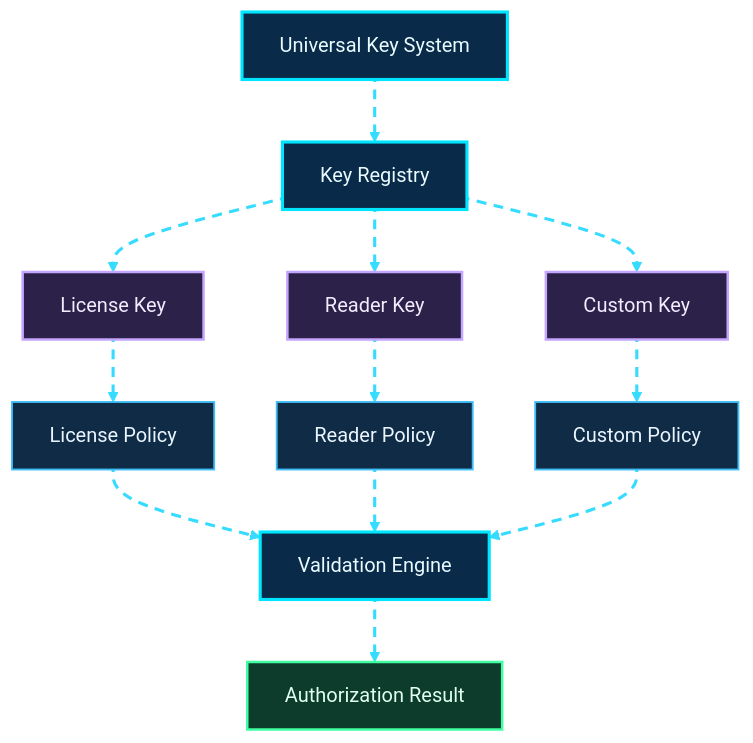
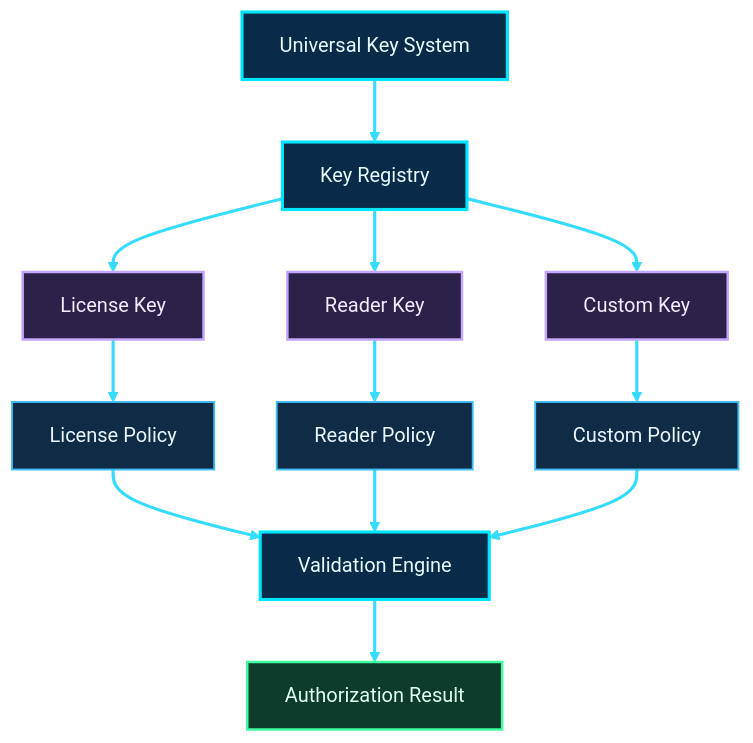
The eighth of 23 diagrams in README.md (shajeduzzamanenan992008inc/NexOra-Database-key-Gen), drawn with Mermaid before and after one commit. The commit also changed other lines of this file, not shown here.

````diff
--- a/README.md
+++ b/README.md
@@ -792,37 +795,36 @@
 ```mermaid
 %%{init: {"theme":"base","themeVariables":{"darkMode":true,"background":"#07111f","primaryColor":"#102744","primaryTextColor":"#e8f7ff","primaryBorderColor":"#00d9ff","lineColor":"#7297c8","secondaryColor":"#261d45","secondaryTextColor":"#f3eaff","secondaryBorderColor":"#a78bfa","tertiaryColor":"#12332b","tertiaryTextColor":"#e0fff1","tertiaryBorderColor":"#41e6a2","fontFamily":"Inter, Segoe UI, sans-serif","edgeLabelBackground":"#101d34","mainBkg":"#102744","nodeBorder":"#00d9ff","clusterBkg":"#0b1930","clusterBorder":"#6f7dff","actorBkg":"#102744","actorBorder":"#00d9ff","actorTextColor":"#e8f7ff","signalColor":"#64d8ff","signalTextColor":"#e8f7ff","noteBkgColor":"#0e332b","noteBorderColor":"#41e6a2","noteTextColor":"#e0fff1"}}}%%
 flowchart TD
-    A["Universal Key System"] nx07e01@--> B["Key Registry"]
-    B nx07e02@--> C["License Key"]
-    B nx07e03@--> D["Reader Key"]
-    B nx07e04@--> E["Custom Key"]
+    A["Universal Key System"] --> B["Key Registry"]
+    B --> C["License Key"]
+    B --> D["Reader Key"]
+    B --> E["Custom Key"]
 
-    C nx07e05@--> F["License Policy"]
-    D nx07e06@--> G["Reader Policy"]
-    E nx07e07@--> H["Custom Policy"]
+    C --> F["License Policy"]
+    D --> G["Reader Policy"]
+    E --> H["Custom Policy"]
 
-    F nx07e08@--> I["Validation Engine"]
-    G nx07e09@--> I
-    H nx07e10@--> I
+    F --> I["Validation Engine"]
+    G --> I
+    H --> I
 
-    I nx07e11@--> J["Authorization Result"]
+    I --> J["Authorization Result"]
 
-    %% OMEGA NEX-ORA visual classes
     %% OMEGA NEX-ORA / ULTRA NEON PALETTE
     classDef nxCore fill:#092b49,stroke:#00e5ff,stroke-width:2.5px,color:#e9fbff;
     classDef nxProcess fill:#102b45,stroke:#3dbcf5,stroke-width:1.5px,color:#e9f6ff;
     classDef nxDecision fill:#2b2050,stroke:#b38cff,stroke-width:2px,color:#f3edff;
     classDef nxSuccess fill:#0d3b2c,stroke:#3fffa0,stroke-width:2px,color:#e0fff0;
     classDef nxDanger fill:#451d30,stroke:#ff6688,stroke-width:2px,color:#fff0f3;
     classDef nxData fill:#12352d,stroke:#63e6be,stroke-width:2px,color:#e1fff5;
     classDef nxExternal fill:#2b2149,stroke:#c4a5ff,stroke-width:2px,color:#f3ecff;
     classDef nxInfo fill:#17253e,stroke:#91a7c9,stroke-width:1.5px,color:#e5efff;
     classDef nxWarning fill:#453116,stroke:#fbbf24,stroke-width:2px,color:#fff6d6;
-    %% Moving dashed route: Mermaid applies this class to explicitly identified edges.
-    classDef nxAnimated stroke:#35dcff,stroke-width:2.5px,stroke-dasharray:8\,6,stroke-dashoffset:1000,animation:dash 24s linear infinite;
     class A,B,I nxCore;
     class C,D,E nxExternal;
     class F,G,H nxProcess;
     class J nxSuccess;
-    class nx07e01,nx07e02,nx07e03,nx07e04,nx07e05,nx07e06,nx07e07,nx07e08,nx07e09,nx07e10,nx07e11 nxAnimated;
+
+    %% Animated primary paths using Mermaid linkStyle (no edge-ID parser required)
+    linkStyle default stroke:#35dcff,stroke-width:2.5px,stroke-dasharray:8\,6,stroke-dashoffset:1000,animation:dash 24s linear infinite;
 ```
````
